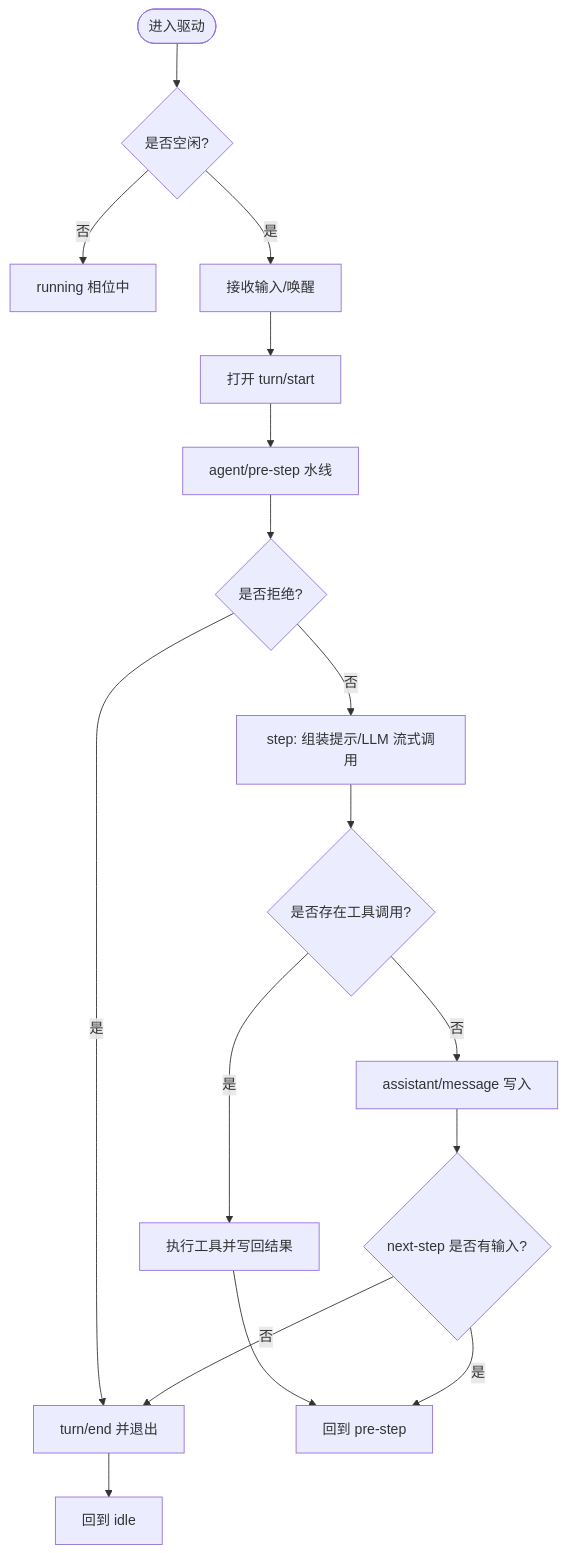
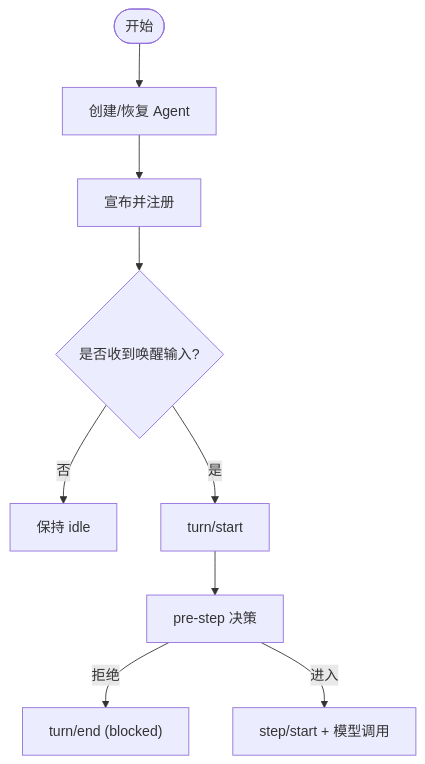
Before and after one commit to gongzili456/deepseek-harness: the third of 9 diagrams in .qoder/repowiki/zh/content/核心概念/Agent 生命周期.md, drawn with Mermaid. The commit also changed other lines of this file and 1001 other files, not shown here.

````diff
--- a/.qoder/repowiki/zh/content/核心概念/Agent 生命周期.md
+++ b/.qoder/repowiki/zh/content/核心概念/Agent 生命周期.md
@@ -143,19 +137,11 @@
 ```mermaid
 flowchart TD
-Start(["进入驱动"]) --> CheckIdle{"是否空闲?"}
-CheckIdle --> |否| Running["running 相位中"]
-CheckIdle --> |是| Wake["接收输入/唤醒"]
-Wake --> OpenTurn["打开 turn/start"]
-OpenTurn --> PreStep["agent/pre-step 水线"]
-PreStep --> Decision{"是否拒绝?"}
-Decision --> |是| EndTurn["turn/end 并退出"]
-Decision --> |否| Step["step: 组装提示/LLM 流式调用"]
-Step --> ToolCheck{"是否存在工具调用?"}
-ToolCheck --> |是| ExecTools["执行工具并写回结果"]
-ExecTools --> LoopBack["回到 pre-step"]
-ToolCheck --> |否| Finish["assistant/message 写入"]
-Finish --> NextStep{"next-step 是否有输入?"}
-NextStep --> |是| LoopBack
-NextStep --> |否| EndTurn
-EndTurn --> Idle["回到 idle"]
+Start(["开始"]) --> Create["创建/恢复 Agent"]
+Create --> Announce["宣布并注册"]
+Announce --> FirstWake{"是否收到唤醒输入?"}
+FirstWake -- 否 --> Idle["保持 idle"]
+FirstWake -- 是 --> TurnStart["turn/start"]
+TurnStart --> PreStep["pre-step 决策"]
+PreStep --> |拒绝| TurnEnd["turn/end (blocked)"]
+PreStep --> |进入| Step["step/start + 模型调用"]
 ```
````
